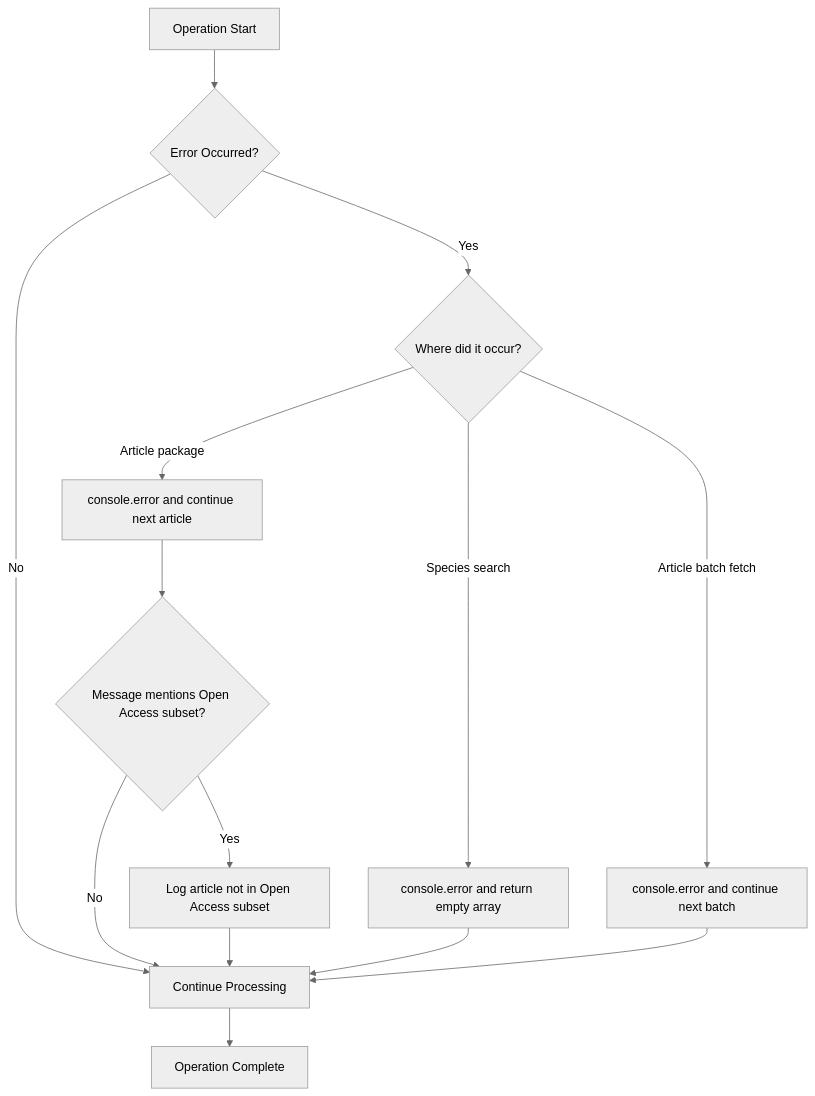
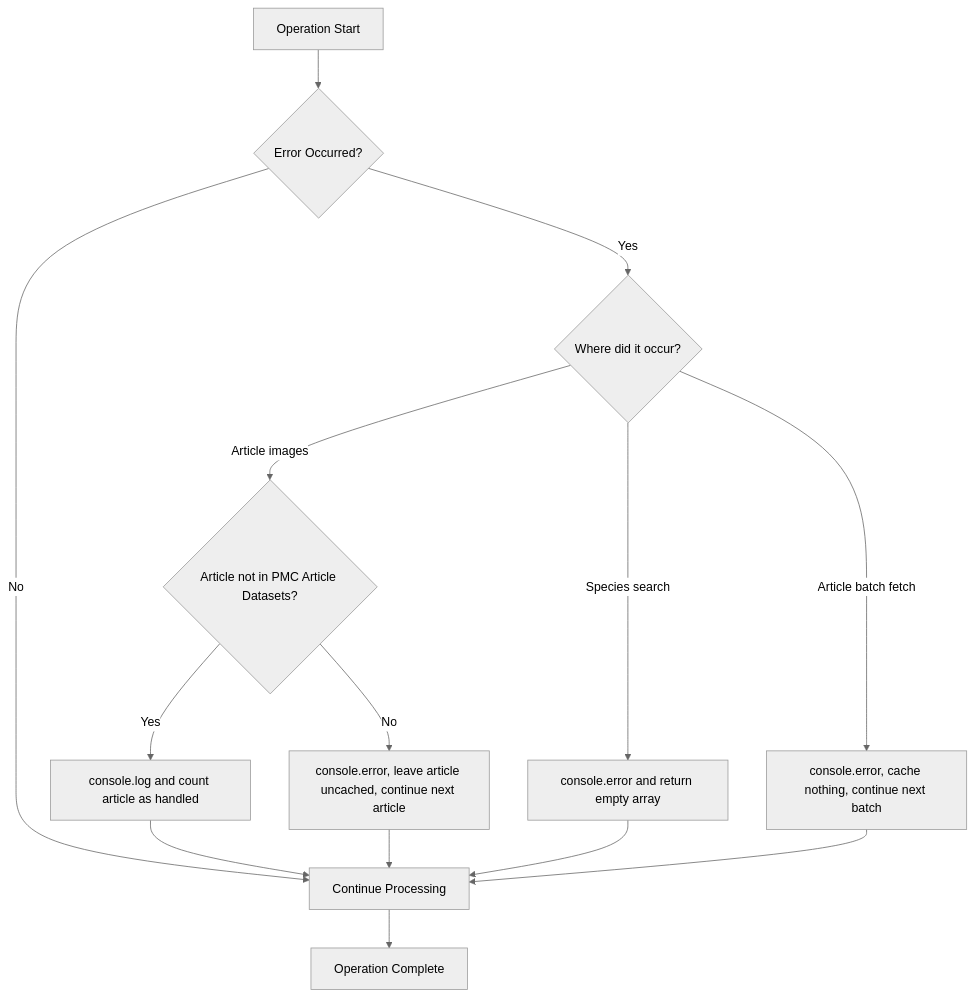
The seventh of 10 diagrams in docs/architecture/index.md (AlexJSully/Publication-Figure-Retrieval), drawn with Mermaid (neutral theme) before and after one commit. The commit also changed other lines of this file and 28 other files, not shown here.

First line of the commit message:
Fix unable to retrieve figure publication images (#242)

````diff
--- a/docs/architecture/index.md
+++ b/docs/architecture/index.md
@@ -240,19 +250,19 @@
 ```mermaid
 graph TD
     accTitle: Error Handling and Continuation Flow
-    accDescr: When an operation runs, the tool checks whether an error occurred. If not, processing continues. If an error occurs, the tool classifies where it happened. A species search error is logged with console.error and returns an empty array. An article batch fetch error is logged and processing continues with the next batch. An article package error is logged and processing continues with the next article, with an extra log when the message mentions the Open Access subset. The tool does not retry or apply backoff.
+    accDescr: When an operation runs, the tool checks whether an error occurred. If not, processing continues. If an error occurs, the tool classifies where it happened. A species search error is logged with console.error and returns an empty array. An article batch fetch error is logged, nothing from the batch is cached, and processing continues with the next batch. When an article's images cannot be retrieved, the tool checks whether the article is missing from the PMC Article Datasets. If it is, the tool logs that with console.log and counts the article as handled so it is cached. Any other article error is logged with console.error, the article is left out of the cache, and processing continues with the next article. The tool does not retry or apply backoff within a run; uncached articles are retried on the next run.
 
     A[Operation Start] --> B{Error Occurred?}
     B -->|No| C[Continue Processing]
     B -->|Yes| D{Where did it occur?}
     D -->|Species search| E[console.error and return empty array]
-    D -->|Article batch fetch| F[console.error and continue next batch]
-    D -->|Article package| G[console.error and continue next article]
-    G --> H{Message mentions Open Access subset?}
-    H -->|Yes| I[Log article not in Open Access subset]
-    H -->|No| C
+    D -->|Article batch fetch| F[console.error, cache nothing, continue next batch]
+    D -->|Article images| G{Article not in PMC Article Datasets?}
+    G -->|Yes| H[console.log and count article as handled]
+    G -->|No| I[console.error, leave article uncached, continue next article]
+    H --> C
     I --> C
     E --> C
     F --> C
     C --> J[Operation Complete]
 ```
````
